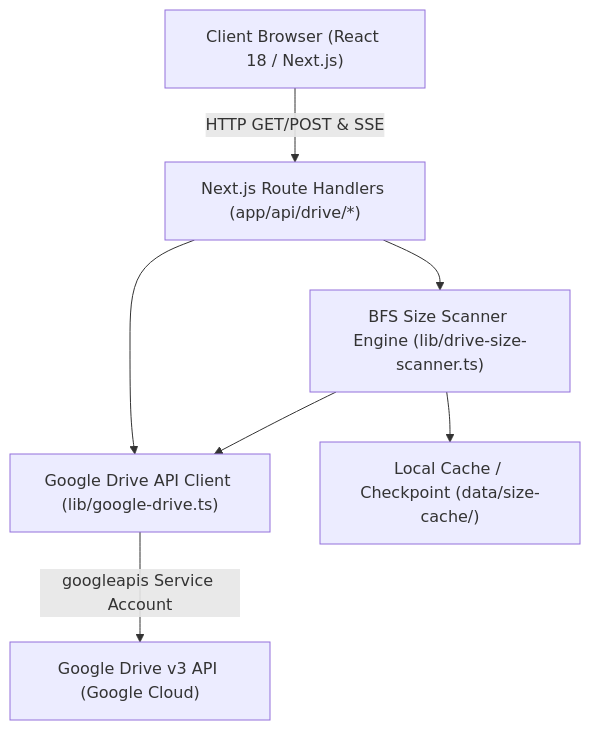
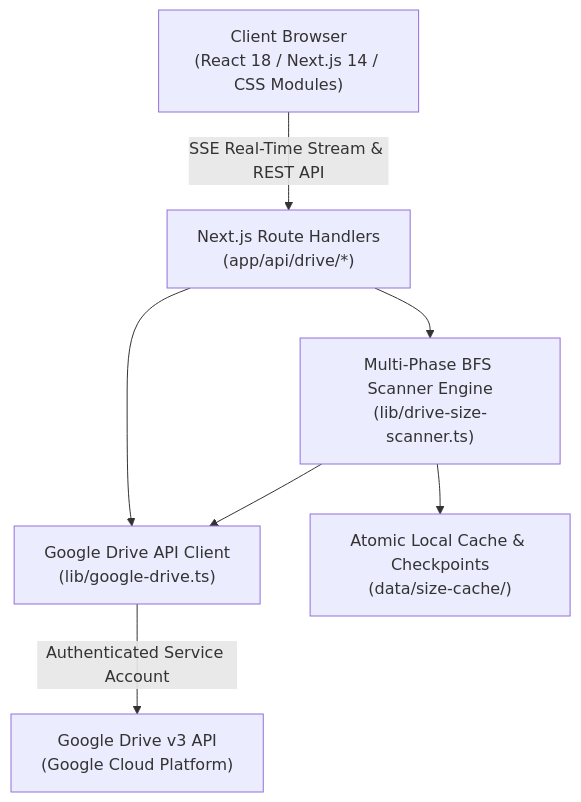
One commit to HassanBDS/Google_Drive_Dashboard changed the diagram in README.md. Above: the diagram before and after it, drawn with Mermaid. The commit also changed other lines of this file and 5 other files, not shown here.

````diff
--- a/README.md
+++ b/README.md
@@ -23,16 +185,16 @@
 ```mermaid
 graph TD
-    Client["Client Browser (React 18 / Next.js)"]
-    API["Next.js Route Handlers (app/api/drive/*)"]
-    Scanner["BFS Size Scanner Engine (lib/drive-size-scanner.ts)"]
-    DriveClient["Google Drive API Client (lib/google-drive.ts)"]
-    GDrive["Google Drive v3 API (Google Cloud)"]
-    DiskCache["Local Cache / Checkpoint (data/size-cache/)"]
+    User["Client Browser<br/>(React 18 / Next.js 14 / CSS Modules)"]
+    API["Next.js Route Handlers<br/>(app/api/drive/*)"]
+    Scanner["Multi-Phase BFS Scanner Engine<br/>(lib/drive-size-scanner.ts)"]
+    GDriveClient["Google Drive API Client<br/>(lib/google-drive.ts)"]
+    GoogleCloud["Google Drive v3 API<br/>(Google Cloud Platform)"]
+    DiskCache["Atomic Local Cache & Checkpoints<br/>(data/size-cache/)"]
 
-    Client -->|HTTP GET/POST & SSE| API
-    API --> DriveClient
+    User -->|SSE Real-Time Stream & REST API| API
     API --> Scanner
-    Scanner --> DriveClient
+    API --> GDriveClient
+    Scanner --> GDriveClient
     Scanner --> DiskCache
-    DriveClient -->|googleapis Service Account| GDrive
+    GDriveClient -->|Authenticated Service Account| GoogleCloud
 ```
````
